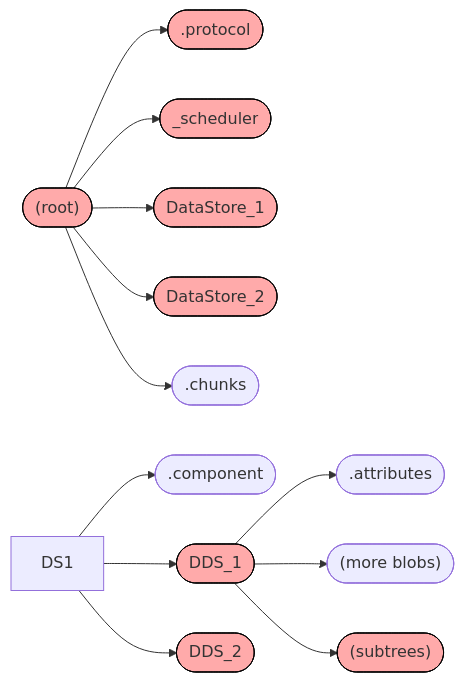
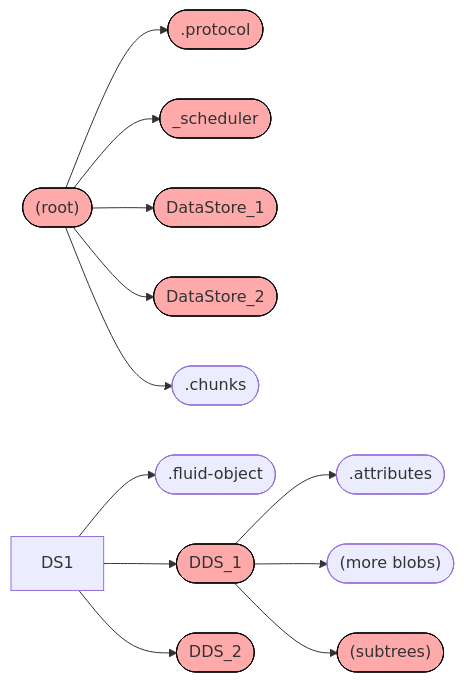
One commit to microsoft/FluidFramework changed the first of 2 diagrams in docs/content/docs/advanced/summarizer.md. Above: the diagram before and after it, drawn with Mermaid. The commit also changed 2 other files, not shown here.

```diff
--- a/docs/content/docs/advanced/summarizer.md
+++ b/docs/content/docs/advanced/summarizer.md
@@ -16,16 +16,16 @@
 {{< mermaid >}}
 graph LR
   A(["(root)"]) --> B([.protocol])
   A --> S([_scheduler])
   A --> C1([DataStore_1])
   A --> C2([DataStore_2])
   A --> CH([.chunks])
-  DS1 --> .DS([.component])
+  DS1 --> .DS([.fluid-object])
   DS1 --> D1([DDS_1])
   DS1 --> D2([DDS_2])
   D1 --> .D([.attributes])
   D1 --> SB(["(more blobs)"])
   D1 --> ST(["(subtrees)"])
   classDef tree fill:#faa,stroke:#000
   class A,B,S,C1,C2,D1,D2,ST tree
 {{< /mermaid >}}
```
